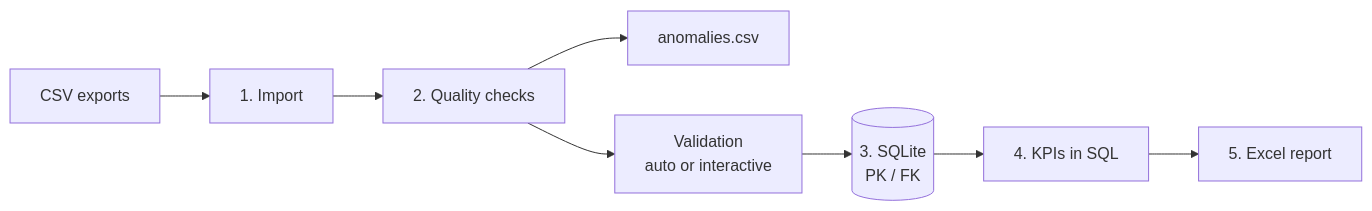
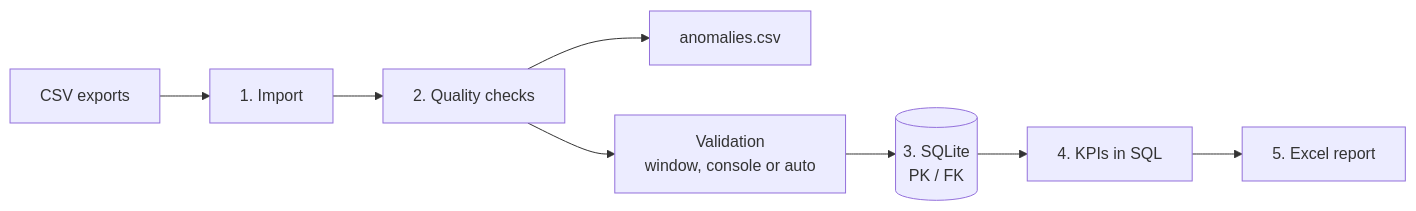
One commit to Grosbinator/SalesFlow---Automated-Business-Reporting changed the diagram in README.md. Above: the diagram before and after it, drawn with Mermaid. The commit also changed other lines of this file and 1 other file, not shown here.

First line of the commit message:
README : fenêtre de validation des anomalies

````diff
--- a/README.md
+++ b/README.md
@@ -39,10 +39,10 @@
 ```mermaid
 flowchart LR
     A[CSV exports] --> B[1. Import]
     B --> C[2. Quality checks]
     C --> Q[anomalies.csv]
-    C --> V[Validation<br/>auto or interactive]
+    C --> V[Validation<br/>window, console or auto]
     V --> D[(3. SQLite<br/>PK / FK)]
     D --> E[4. KPIs in SQL]
     E --> F[5. Excel report]
 ```
````
